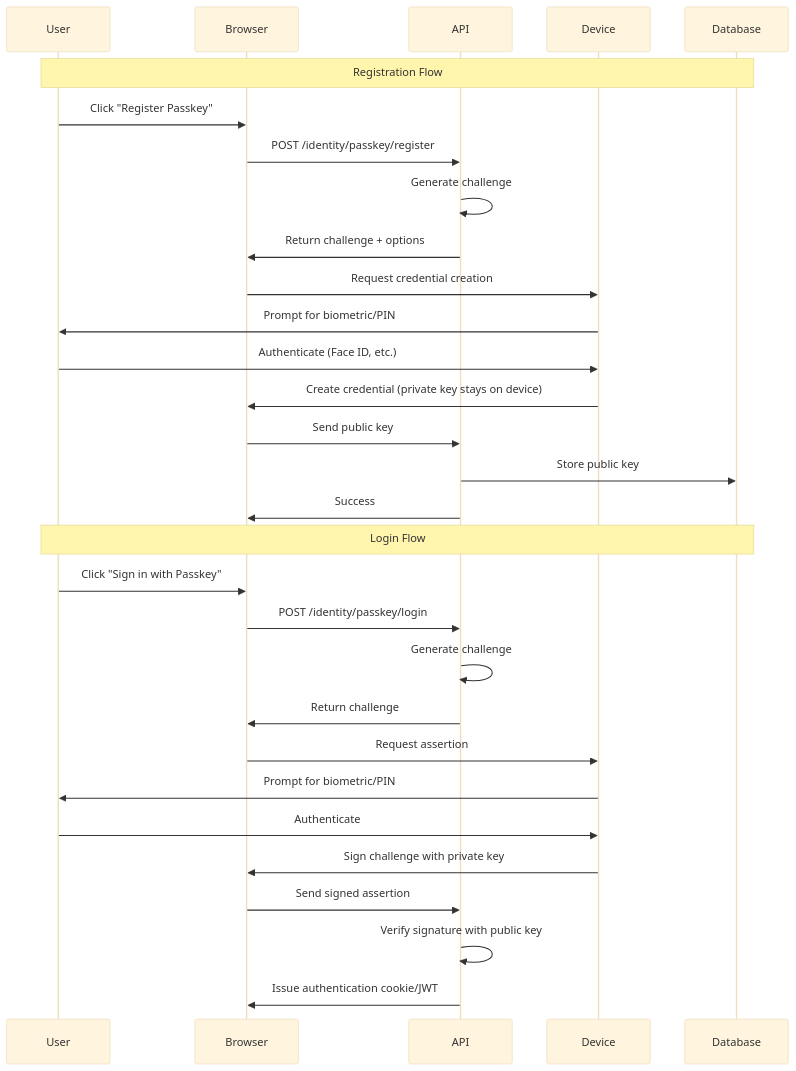
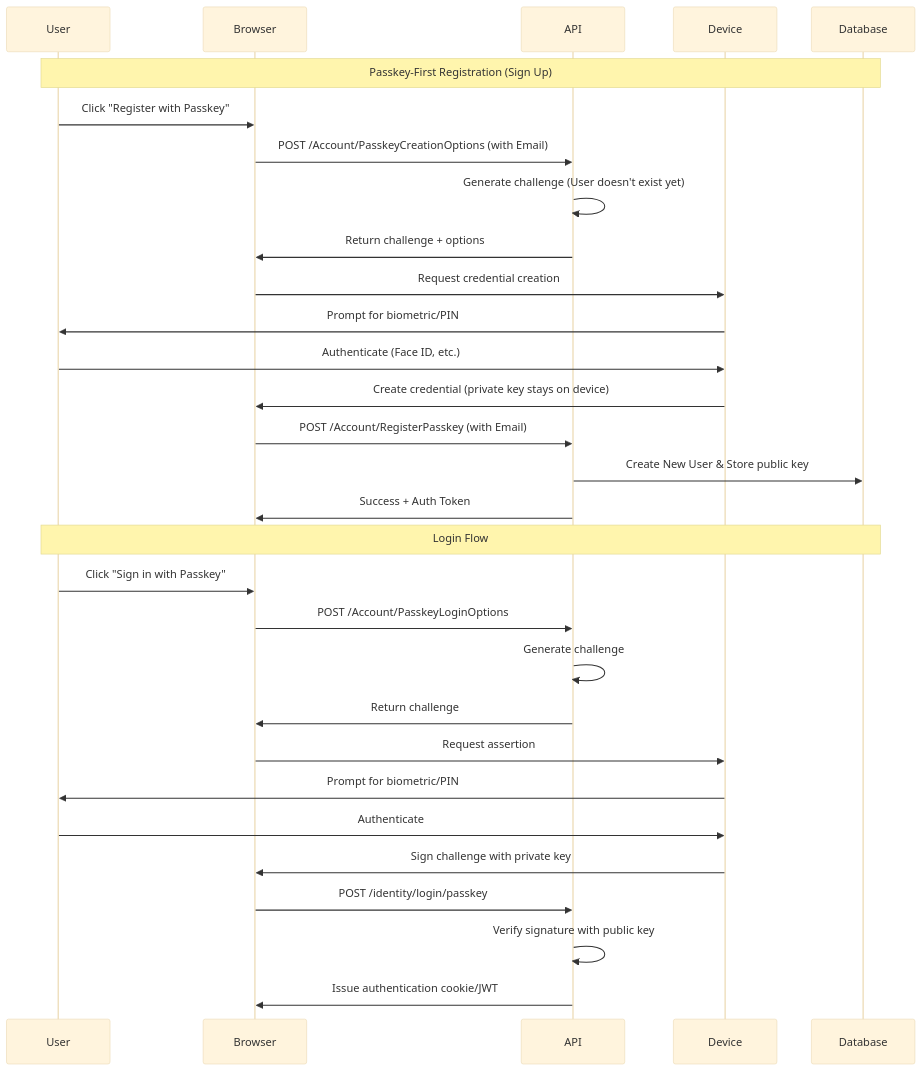
Before and after one commit to aalmada/BookStore: the diagram in docs/passkey-guide.md, drawn with Mermaid (base theme). The commit also changed other lines of this file and 4 other files, not shown here.

Commit message:
feat: Refactor authentication to a pure token-based system for Blazor, update Identity configuration with Marten stores, and revise passkey endpoints.

````diff
--- a/docs/passkey-guide.md
+++ b/docs/passkey-guide.md
@@ -17,34 +17,34 @@
 ```mermaid
 sequenceDiagram
     participant User
     participant Browser
     participant API
     participant Device
     participant Database
 
-    Note over User,Database: Registration Flow
-    User->>Browser: Click "Register Passkey"
-    Browser->>API: POST /identity/passkey/register
-    API->>API: Generate challenge
+    Note over User,Database: Passkey-First Registration (Sign Up)
+    User->>Browser: Click "Register with Passkey"
+    Browser->>API: POST /Account/PasskeyCreationOptions (with Email)
+    API->>API: Generate challenge (User doesn't exist yet)
     API->>Browser: Return challenge + options
     Browser->>Device: Request credential creation
     Device->>User: Prompt for biometric/PIN
     User->>Device: Authenticate (Face ID, etc.)
     Device->>Browser: Create credential (private key stays on device)
-    Browser->>API: Send public key
-    API->>Database: Store public key
-    API->>Browser: Success
+    Browser->>API: POST /Account/RegisterPasskey (with Email)
+    API->>Database: Create New User & Store public key
+    API->>Browser: Success + Auth Token
 
     Note over User,Database: Login Flow
     User->>Browser: Click "Sign in with Passkey"
-    Browser->>API: POST /identity/passkey/login
+    Browser->>API: POST /Account/PasskeyLoginOptions
     API->>API: Generate challenge
     API->>Browser: Return challenge
     Browser->>Device: Request assertion
     Device->>User: Prompt for biometric/PIN
     User->>Device: Authenticate
     Device->>Browser: Sign challenge with private key
-    Browser->>API: Send signed assertion
+    Browser->>API: POST /identity/login/passkey
     API->>API: Verify signature with public key
     API->>Browser: Issue authentication cookie/JWT
 ```
````
